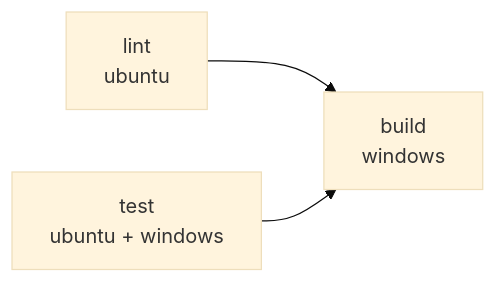
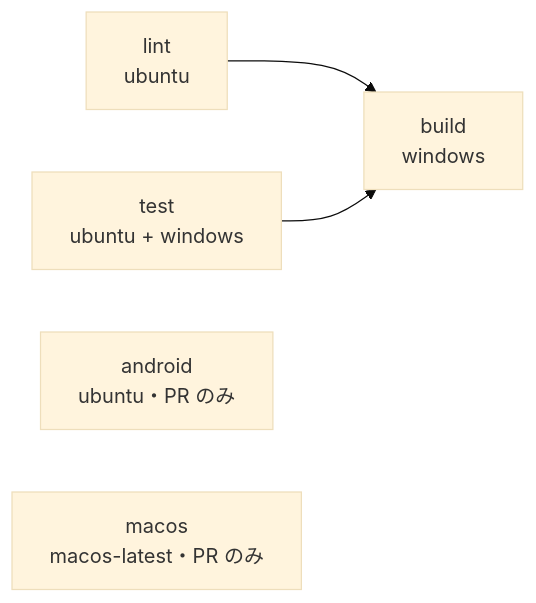
One commit to ousiassllc/hitomado changed the diagram in docs/environment/setup.md. Above: the diagram before and after it, drawn with Mermaid (base theme). The commit also changed other lines of this file and 14 other files, not shown here.

````diff
--- a/docs/environment/setup.md
+++ b/docs/environment/setup.md
@@ -106,5 +107,7 @@
 ```mermaid
 flowchart LR
   L[lint<br/>ubuntu] --> B[build<br/>windows]
   T[test<br/>ubuntu + windows] --> B
+  A[android<br/>ubuntu・PR のみ]
+  M[macos<br/>macos-latest・PR のみ]
 ```
````
